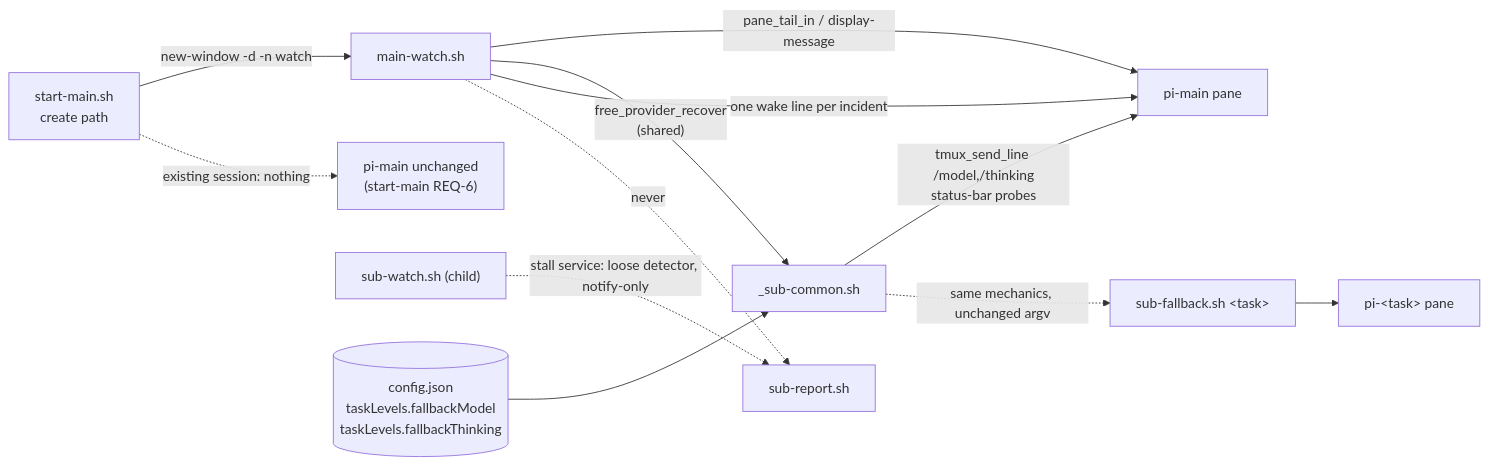
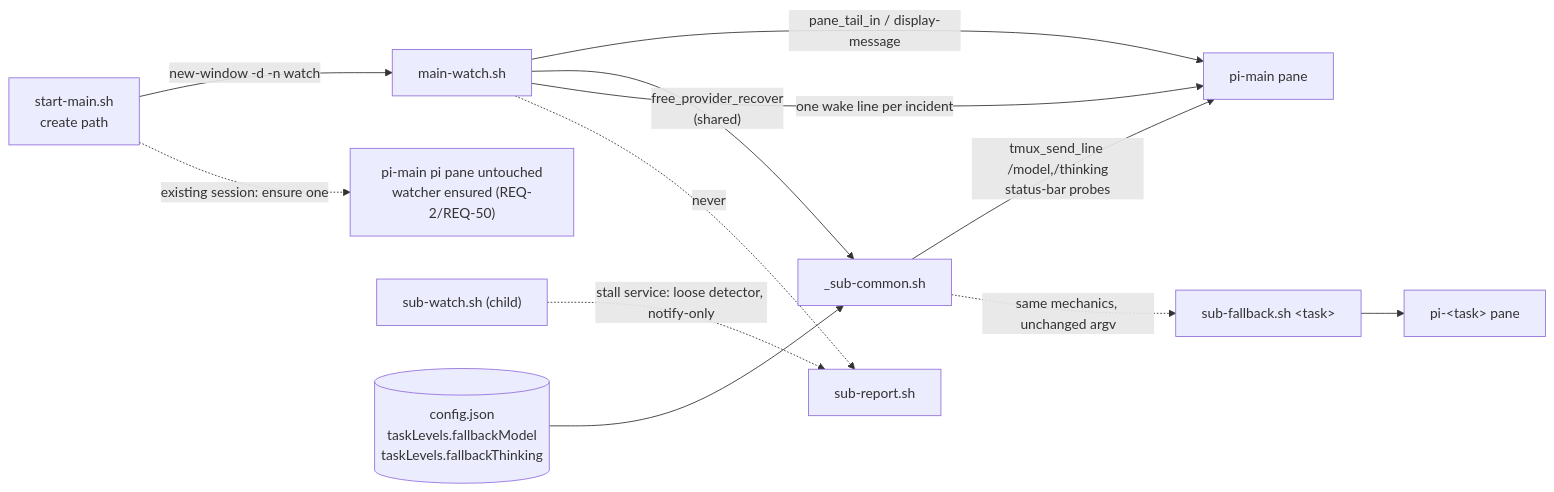
Before and after one commit to jseto/mu-commander: the first of 2 diagrams in specs/orchestrator-stall-recovery/orchestrator-stall-recovery-design.md, drawn with Mermaid. The commit also changed other lines of this file and 7 other files, not shown here.

First line of the commit message:
fix(watch): arm the orchestrator watcher on existing sessions and pin pi's pane (#48)

````diff
--- a/specs/orchestrator-stall-recovery/orchestrator-stall-recovery-design.md
+++ b/specs/orchestrator-stall-recovery/orchestrator-stall-recovery-design.md
@@ -307,14 +314,14 @@
 ```mermaid
 flowchart LR
   SM["start-main.sh<br/>create path"] -->|"new-window -d -n watch <session> <window>"| MW["main-watch.sh"]
-  SM -.->|"existing session: nothing"| EX["pi-main unchanged<br/>(start-main REQ-6)"]
+  SM -.->|"existing session: ensure one"| EX["pi-main pi pane untouched<br/>watcher ensured (REQ-2/REQ-50)"]
   MW -->|"pane_tail_in / display-message"| P["pi-main pane"]
   MW -->|"free_provider_recover<br/>(shared)"| CM["_sub-common.sh"]
   CM -->|"tmux_send_line /model,/thinking<br/>status-bar probes"| P
   MW -->|"one wake line per incident"| P
   CM -.->|"same mechanics, unchanged argv"| FB["sub-fallback.sh &lt;task&gt;"]
   FB --> C["pi-&lt;task&gt; pane"]
   MW -.->|"never"| SR["sub-report.sh"]
   CW["sub-watch.sh (child)"] -.->|"stall service: loose detector, notify-only"| SR
   CFG[("config.json<br/>taskLevels.fallbackModel<br/>taskLevels.fallbackThinking")] --> CM
 ```
````
